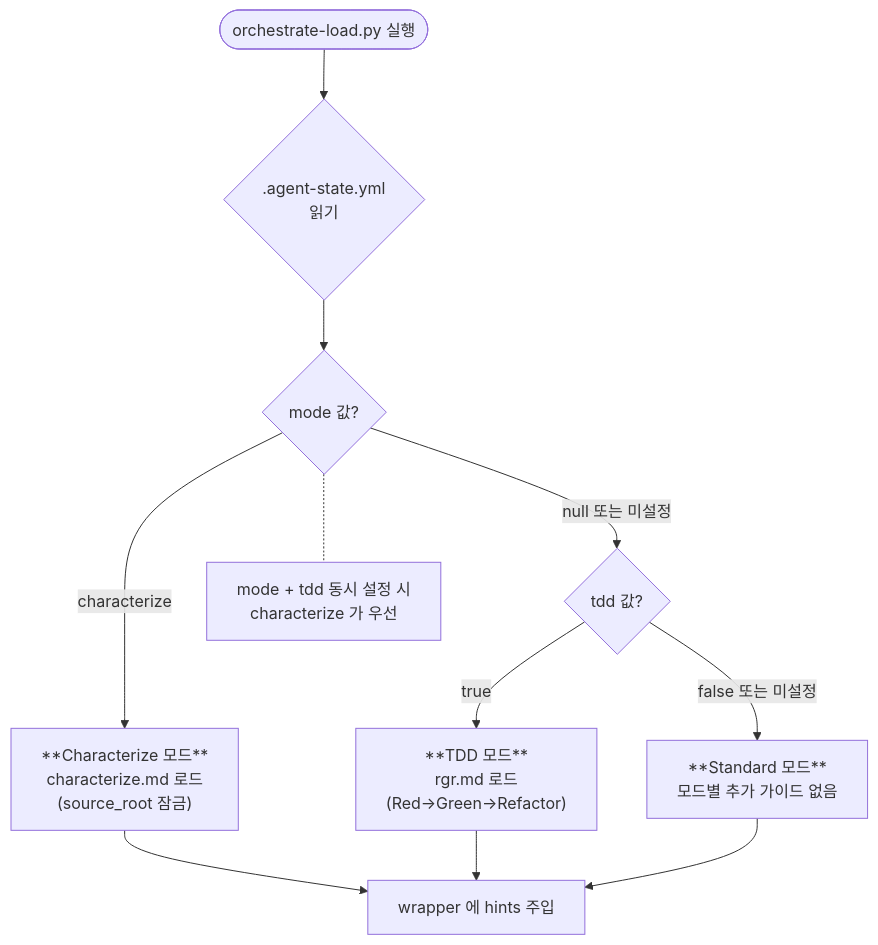
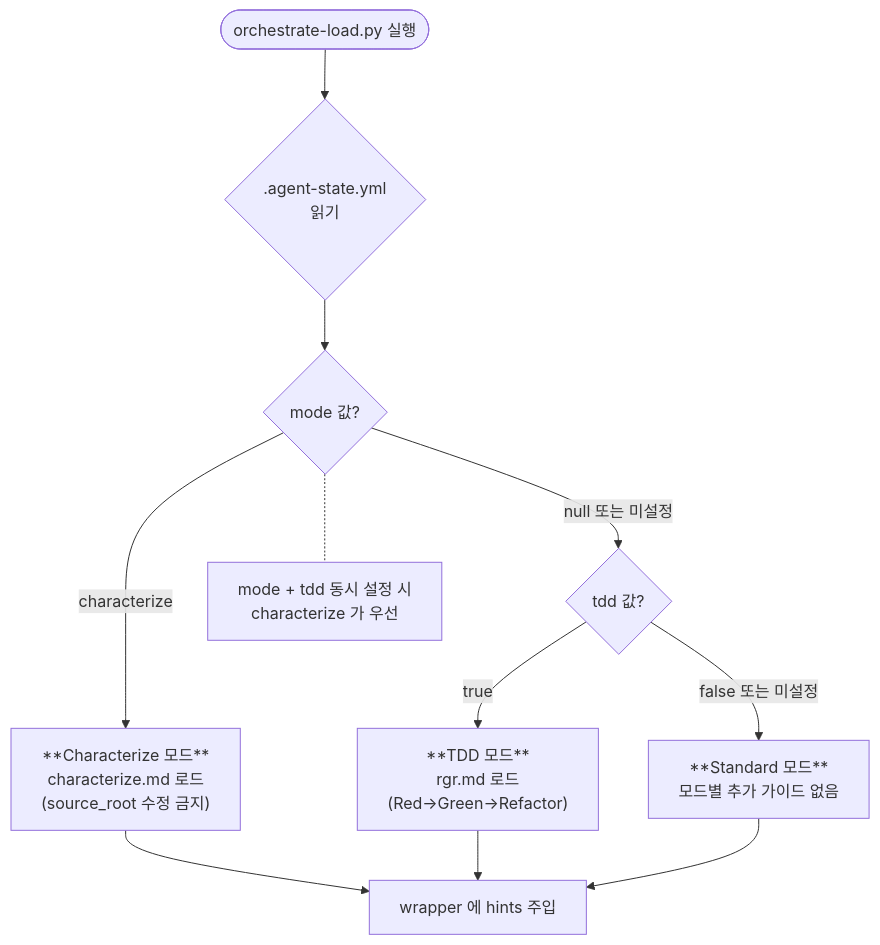
One commit to radiostart/claude-plugins changed the diagram in pilot/docs/explanation/modes.md. Above: the diagram before and after it, drawn with Mermaid. The commit also changed other lines of this file and 3 other files, not shown here.

````diff
--- a/pilot/docs/explanation/modes.md
+++ b/pilot/docs/explanation/modes.md
@@ -7,19 +7,19 @@
 ```mermaid
 flowchart TD
     Start([orchestrate-load.py 실행])
     Start --> ReadState{.agent-state.yml<br/>읽기}
     ReadState --> ModeCheck{mode 값?}
 
-    ModeCheck -->|"characterize"| CharMode["**Characterize 모드**<br/>characterize.md 로드<br/>(source_root 잠금)"]
+    ModeCheck -->|"characterize"| CharMode["**Characterize 모드**<br/>characterize.md 로드<br/>(source_root 수정 금지)"]
     ModeCheck -->|null 또는 미설정| TddCheck{tdd 값?}
 
     TddCheck -->|true| TddMode["**TDD 모드**<br/>rgr.md 로드<br/>(Red→Green→Refactor)"]
     TddCheck -->|false 또는 미설정| Standard["**Standard 모드**<br/>모드별 추가 가이드 없음"]
 
     CharMode --> ApplyHints[wrapper 에 hints 주입]
     TddMode --> ApplyHints
     Standard --> ApplyHints
 
     Note["mode + tdd 동시 설정 시<br/>characterize 가 우선"]
     ModeCheck -.- Note
 ```
````
